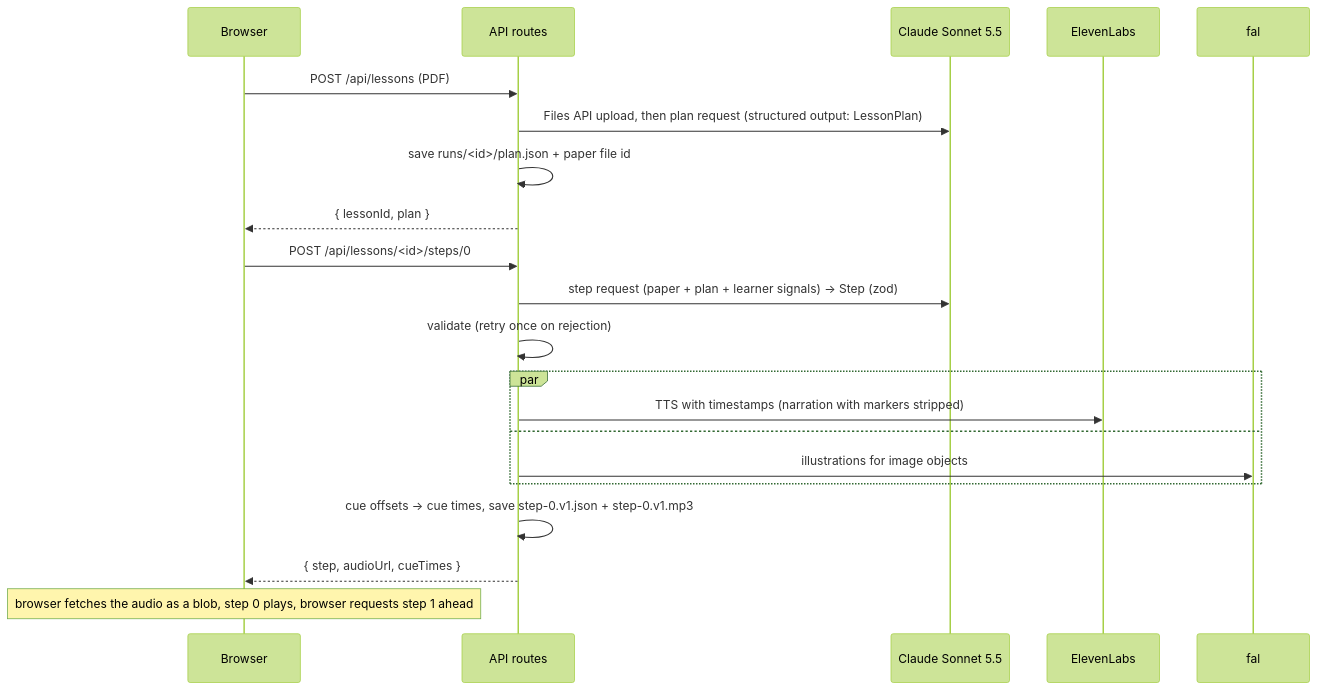
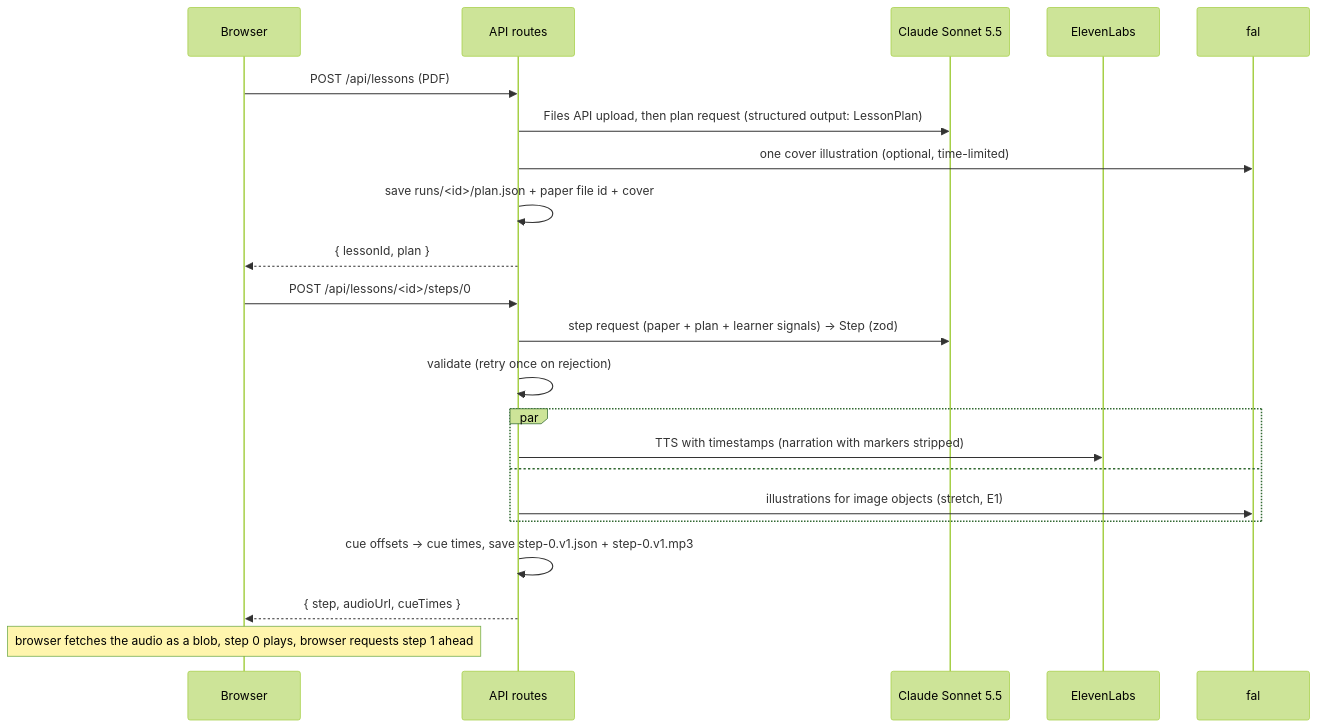
One commit to Jho0413/Unfolded changed the second of 4 diagrams in docs/ARCHITECTURE.md. Above: the diagram before and after it, drawn with Mermaid (forest theme). The commit also changed other lines of this file and 1 other file, not shown here.

Commit message:
docs(architecture): add an early fal cover and make fal optional

````diff
--- a/docs/ARCHITECTURE.md
+++ b/docs/ARCHITECTURE.md
@@ -194,23 +195,24 @@
 ```mermaid
 sequenceDiagram
   participant B as Browser
   participant A as API routes
   participant C as Claude Sonnet 5.5
   participant E as ElevenLabs
   participant F as fal
   B->>A: POST /api/lessons (PDF)
   A->>C: Files API upload, then plan request (structured output: LessonPlan)
-  A->>A: save runs/<id>/plan.json + paper file id
+  A->>F: one cover illustration (optional, time-limited)
+  A->>A: save runs/<id>/plan.json + paper file id + cover
   A-->>B: { lessonId, plan }
   B->>A: POST /api/lessons/<id>/steps/0
   A->>C: step request (paper + plan + learner signals) -> Step (zod)
   A->>A: validate (retry once on rejection)
   par
     A->>E: TTS with timestamps (narration with markers stripped)
   and
-    A->>F: illustrations for image objects
+    A->>F: illustrations for image objects (stretch, E1)
   end
   A->>A: cue offsets -> cue times, save step-0.v1.json + step-0.v1.mp3
   A-->>B: { step, audioUrl, cueTimes }
   Note over B: browser fetches the audio as a blob, step 0 plays, browser requests step 1 ahead
 ```
````
